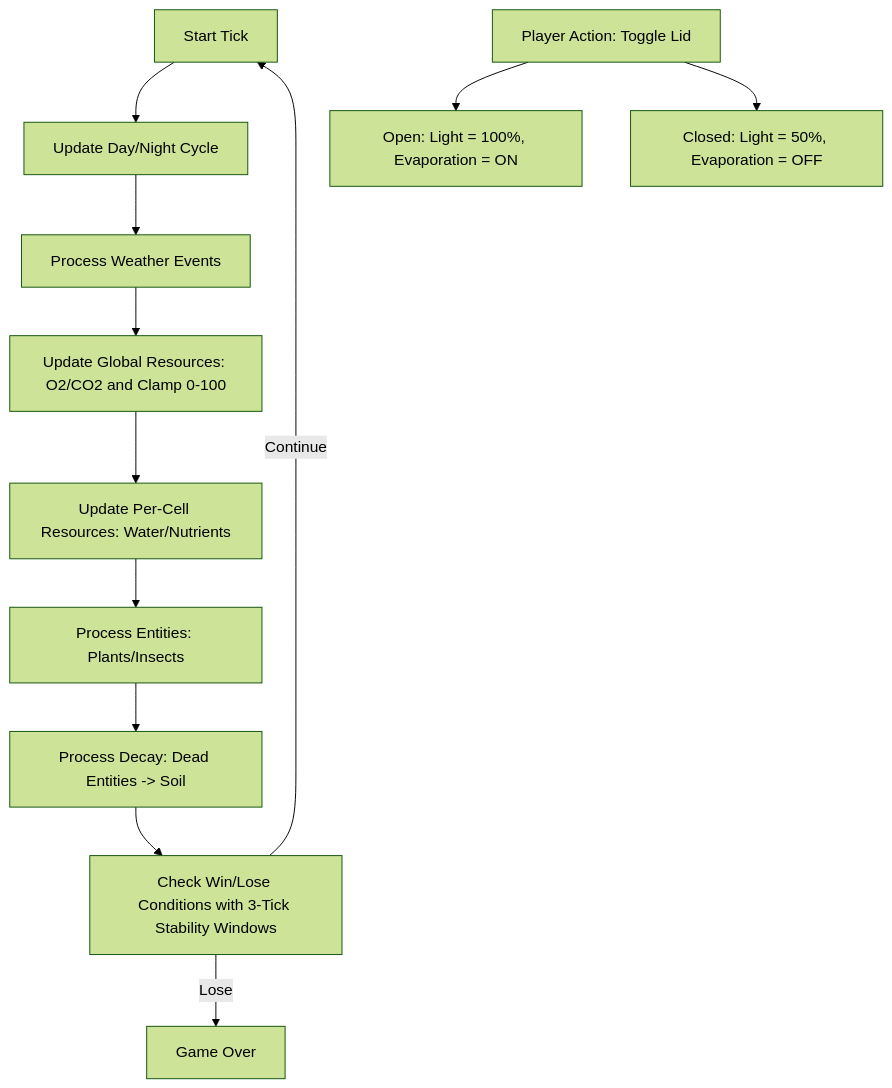
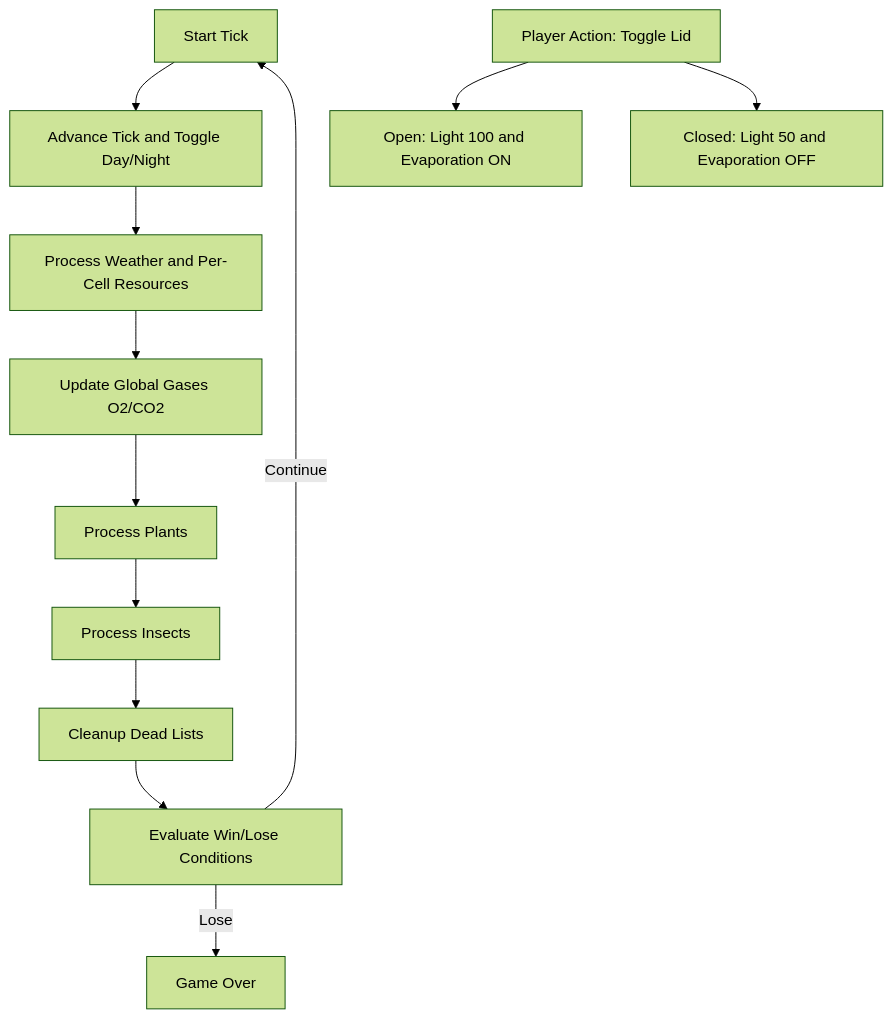
Before and after one commit to DenysVuika/terrarium: the diagram in sandbox/terrarium-main-game-loop.md, drawn with Mermaid (forest theme). The commit also changed other lines of this file and 10 other files, not shown here.

````diff
--- a/sandbox/terrarium-main-game-loop.md
+++ b/sandbox/terrarium-main-game-loop.md
@@ -1,16 +3,15 @@
 ```mermaid
 flowchart TD
-    A[Start Tick] --> B[Update Day/Night Cycle]
-    B --> C[Process Weather Events]
-    C --> D[Update Global Resources: O2/CO2 and Clamp 0-100]
-    D --> E[Update Per-Cell Resources: Water/Nutrients]
-    E --> F[Process Entities: Plants/Insects]
-    F --> G[Process Decay: Dead Entities -> Soil]
-    G --> H[Check Win/Lose Conditions with 3-Tick Stability Windows]
+    A[Start Tick] --> B[Advance Tick and Toggle Day/Night]
+    B --> C[Process Weather and Per-Cell Resources]
+    C --> D[Update Global Gases O2/CO2]
+    D --> E[Process Plants]
+    E --> F[Process Insects]
+    F --> G[Cleanup Dead Lists]
+    G --> H[Evaluate Win/Lose Conditions]
     H -->|Lose| I[Game Over]
     H -->|Continue| A
-    
-    %% Lid Mechanic
-    J[Player Action: Toggle Lid] --> K[Open: Light = 100%, Evaporation = ON]
-    J --> L[Closed: Light = 50%, Evaporation = OFF]
+
+    J[Player Action: Toggle Lid] --> K[Open: Light 100 and Evaporation ON]
+    J --> L[Closed: Light 50 and Evaporation OFF]
 ```
````
